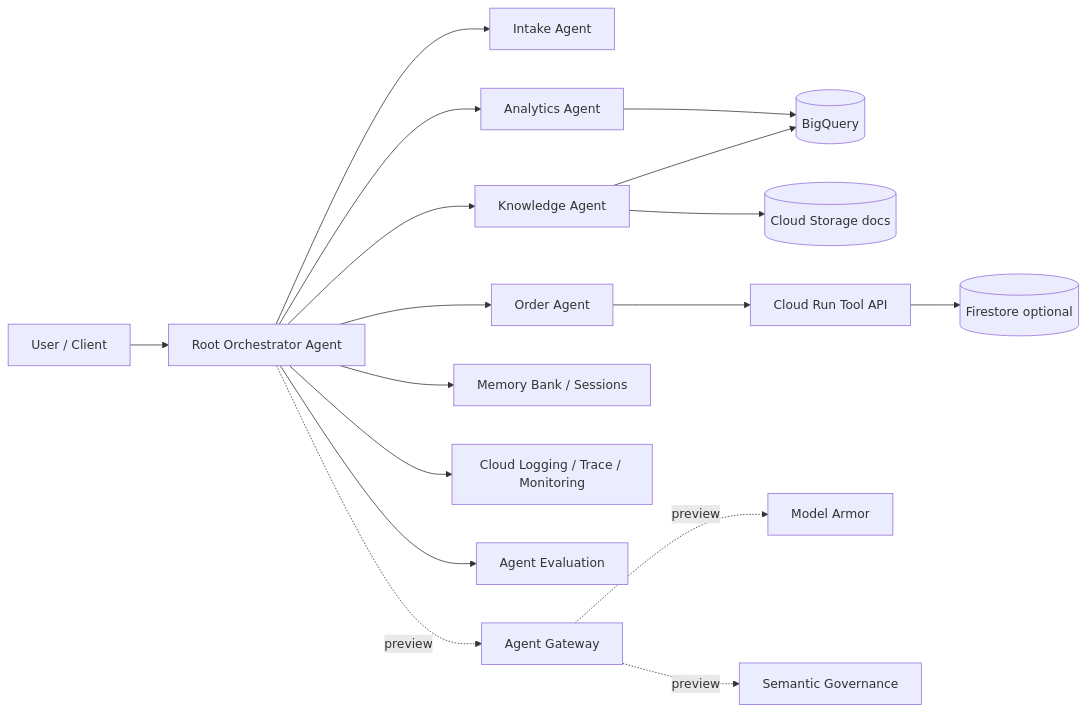
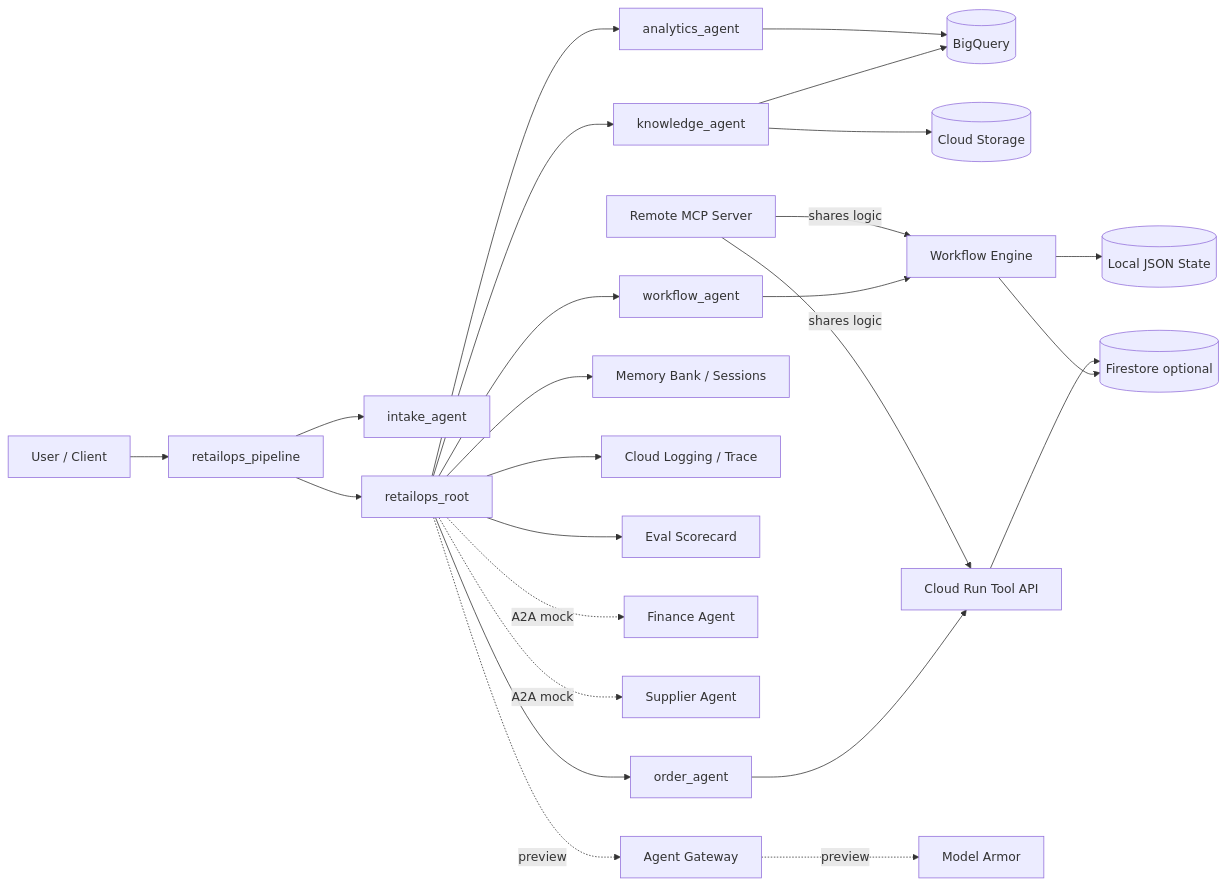
The diagram in README.md (yu-iskw/next26-agent-platform-showcase), drawn with Mermaid before and after one commit. The commit also changed other lines of this file and 59 other files, not shown here.

First line of the commit message:
feat: Next '26 platform expansion — workflows, A2A, remote MCP, eval, governance

````diff
--- a/README.md
+++ b/README.md
@@ -35,20 +38,33 @@
 ```mermaid
 flowchart LR
-    U[User / Client] --> R[Root Orchestrator Agent]
-    R --> I[Intake Agent]
-    R --> K[Knowledge Agent]
-    R --> A[Analytics Agent]
-    R --> O[Order Agent]
+    U[User / Client] --> RP[retailops_pipeline]
+    RP --> I[intake_agent]
+    RP --> R[retailops_root]
+
+    R --> K[knowledge_agent]
+    R --> A[analytics_agent]
+    R --> O[order_agent]
+    R --> W[workflow_agent]
 
     K --> BQ[(BigQuery)]
-    K --> GCS[(Cloud Storage docs)]
+    K --> GCS[(Cloud Storage)]
     A --> BQ
+
     O --> CR[Cloud Run Tool API]
-    CR --> FS[(Firestore optional)]
+    W --> WF[Workflow Engine]
+    WF --> LS[(Local JSON State)]
+    WF --> FS[(Firestore optional)]
+
+    CR --> FS
     R --> MB[Memory Bank / Sessions]
-    R --> OBS[Cloud Logging / Trace / Monitoring]
-    R --> EV[Agent Evaluation]
+    R --> OBS[Cloud Logging / Trace]
+    R --> EV[Eval Scorecard]
+
+    R -. A2A mock .-> FIN[Finance Agent]
+    R -. A2A mock .-> SUP[Supplier Agent]
     R -. preview .-> GW[Agent Gateway]
     GW -. preview .-> MA[Model Armor]
-    GW -. preview .-> SGP[Semantic Governance]
+
+    MCP[Remote MCP Server] -->|shares logic| WF
+    MCP -->|shares logic| CR
 ```
````
